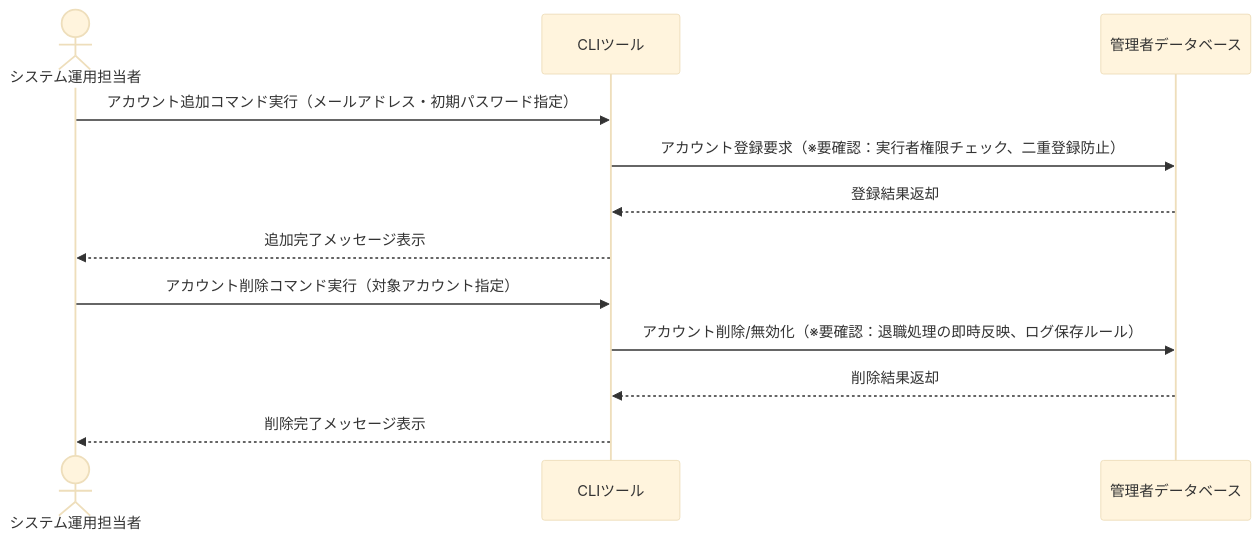
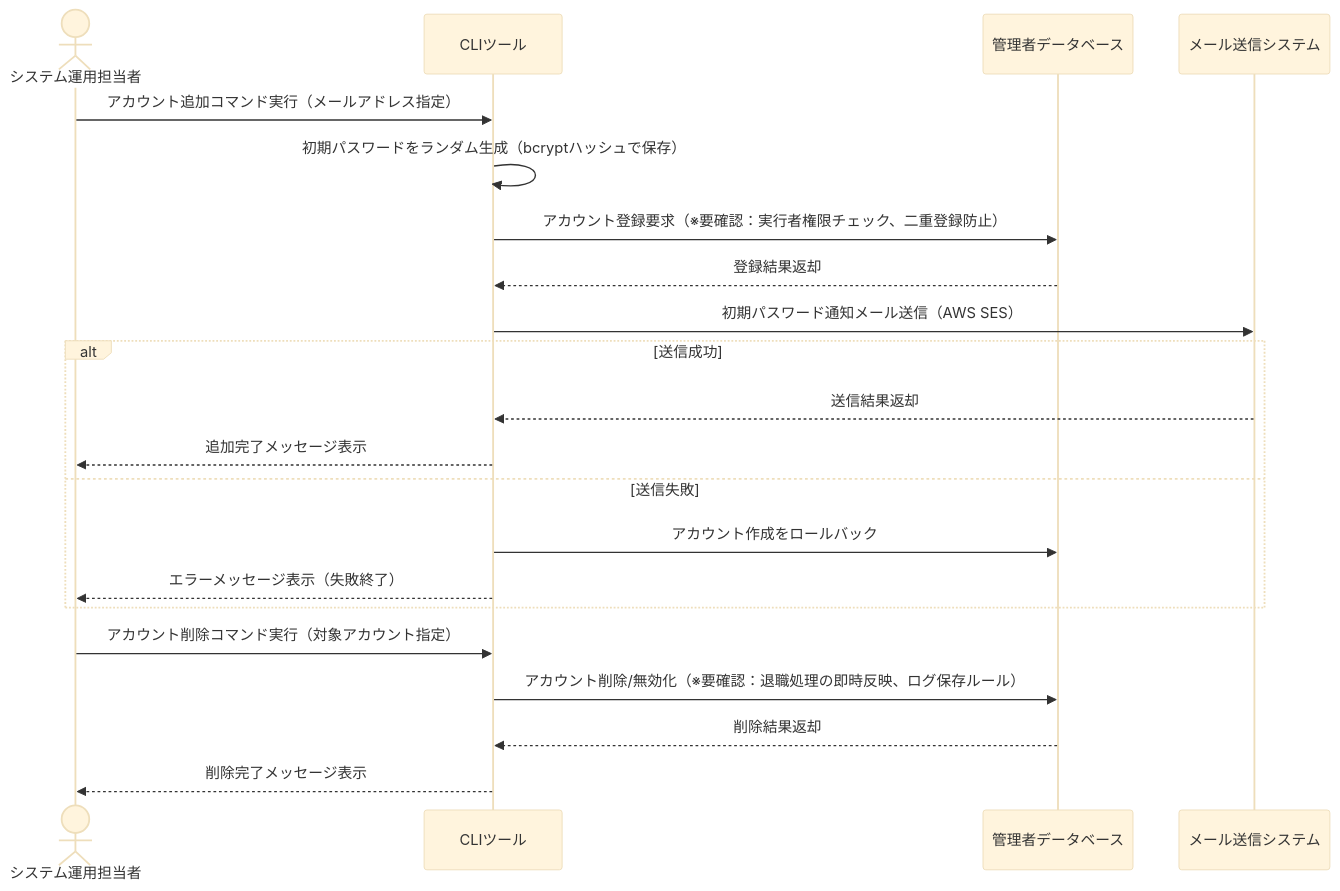
Before and after one commit to t-moriyama-r/shop_system: the second of 4 diagrams in documents/SE管理画面/要件定義/業務フロー.md, drawn with Mermaid (base theme). The commit also changed other lines of this file and 15 other files, not shown here.

````diff
--- a/documents/SE管理画面/要件定義/業務フロー.md
+++ b/documents/SE管理画面/要件定義/業務フロー.md
@@ -46,14 +49,23 @@
 ```mermaid
 sequenceDiagram
     actor operator as システム運用担当者
     participant cli_tool as CLIツール
     participant db as 管理者データベース
-    operator->>cli_tool: アカウント追加コマンド実行（メールアドレス・初期パスワード指定）
+    participant mail_system as メール送信システム
+    operator->>cli_tool: アカウント追加コマンド実行（メールアドレス指定）
+    cli_tool->>cli_tool: 初期パスワードをランダム生成（bcryptハッシュで保存）
     cli_tool->>db: アカウント登録要求（※要確認：実行者権限チェック、二重登録防止）
     db-->>cli_tool: 登録結果返却
-    cli_tool-->>operator: 追加完了メッセージ表示
+    cli_tool->>mail_system: 初期パスワード通知メール送信（AWS SES）
+    alt 送信成功
+        mail_system-->>cli_tool: 送信結果返却
+        cli_tool-->>operator: 追加完了メッセージ表示
+    else 送信失敗
+        cli_tool->>db: アカウント作成をロールバック
+        cli_tool-->>operator: エラーメッセージ表示（失敗終了）
+    end
     operator->>cli_tool: アカウント削除コマンド実行（対象アカウント指定）
     cli_tool->>db: アカウント削除/無効化（※要確認：退職処理の即時反映、ログ保存ルール）
     db-->>cli_tool: 削除結果返却
     cli_tool-->>operator: 削除完了メッセージ表示
 ```
````
